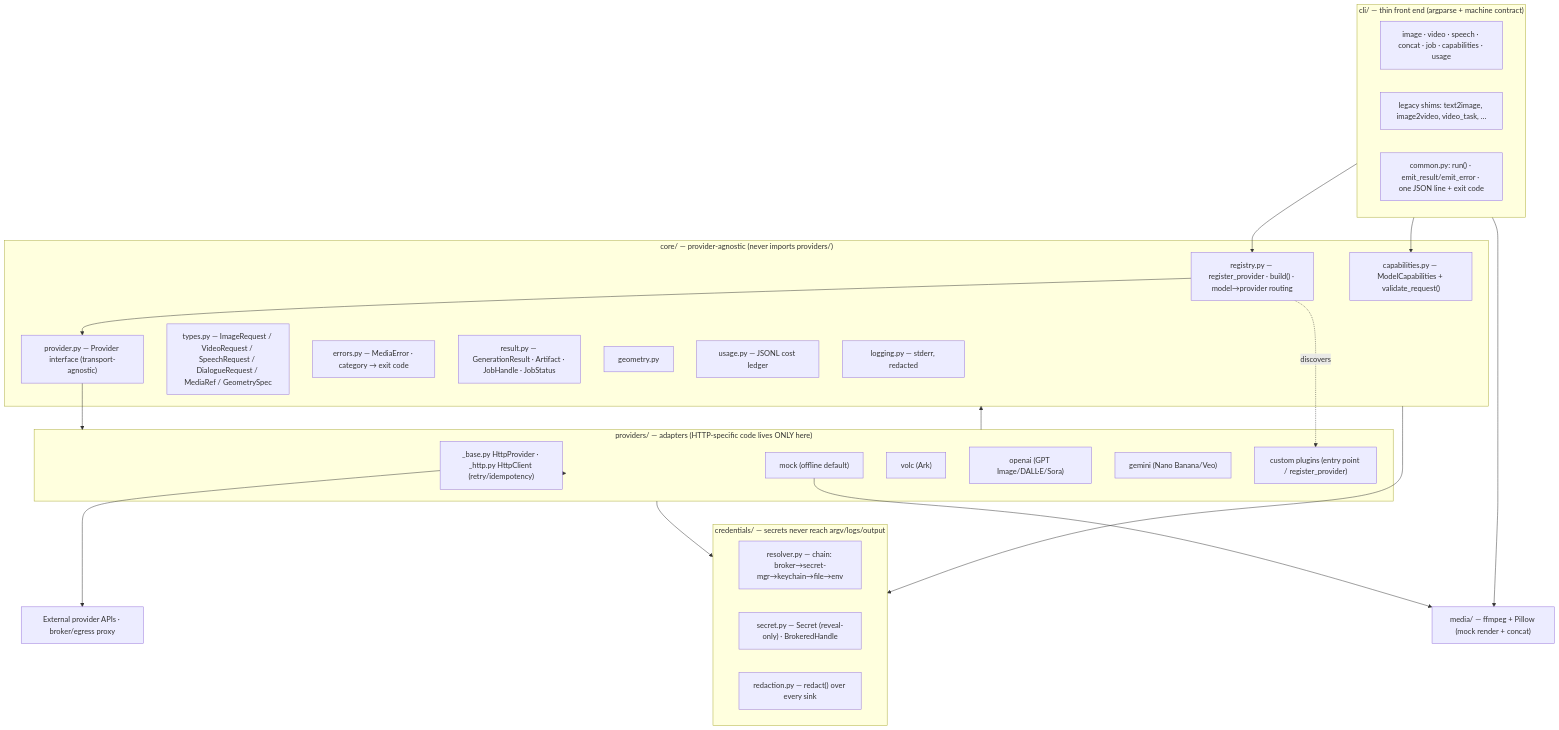
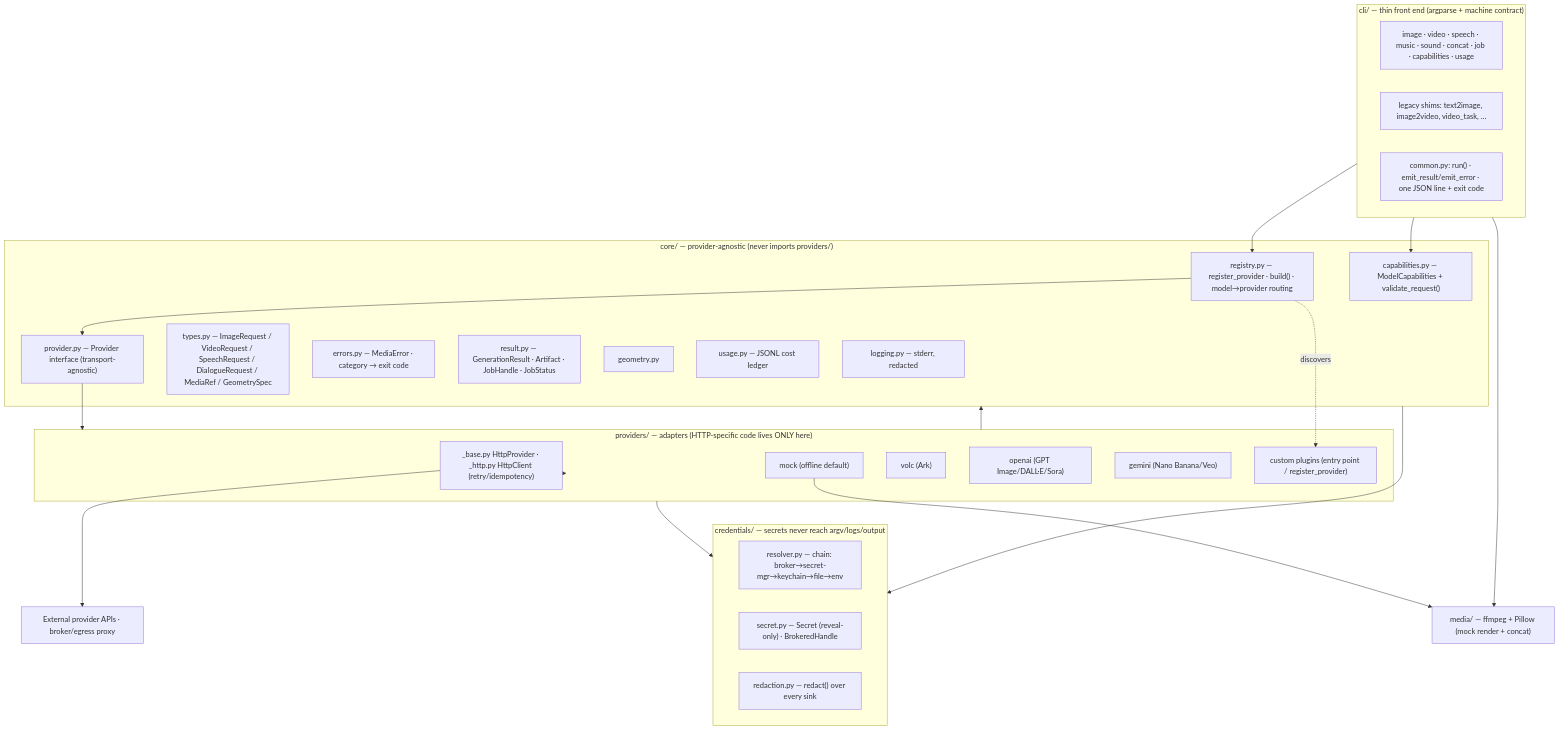
Before and after one commit to BrandoZhang/media-ai: the first of 2 diagrams in docs/ARCHITECTURE.md, drawn with Mermaid. The commit also changed other lines of this file and 14 other files, not shown here.

First line of the commit message:
Add ElevenLabs music + sound-effects tools

````diff
--- a/docs/ARCHITECTURE.md
+++ b/docs/ARCHITECTURE.md
@@ -11,51 +11,51 @@
 ```mermaid
 flowchart TB
     subgraph CLI["cli/ — thin front end (argparse + machine contract)"]
-        C1["image · video · speech · concat · job · capabilities · usage"]
+        C1["image · video · speech · music · sound · concat · job · capabilities · usage"]
         C2["legacy shims: text2image, image2video, video_task, …"]
         C3["common.py: run() · emit_result/emit_error · one JSON line + exit code"]
     end
 
     subgraph CORE["core/ — provider-agnostic (never imports providers/)"]
         R["registry.py — register_provider · build() · model→provider routing"]
         P["provider.py — Provider interface (transport-agnostic)"]
         T["types.py — ImageRequest / VideoRequest / SpeechRequest / DialogueRequest / MediaRef / GeometrySpec"]
         CAP["capabilities.py — ModelCapabilities + validate_request()"]
         ERR["errors.py — MediaError · category → exit code"]
         RES["result.py — GenerationResult · Artifact · JobHandle · JobStatus"]
         GEO["geometry.py"]
         USG["usage.py — JSONL cost ledger"]
         LOG["logging.py — stderr, redacted"]
     end
 
     subgraph CRED["credentials/ — secrets never reach argv/logs/output"]
         RSV["resolver.py — chain: broker→secret-mgr→keychain→file→env"]
         SEC["secret.py — Secret (reveal-only) · BrokeredHandle"]
         RED["redaction.py — redact() over every sink"]
     end
 
     subgraph PROV["providers/ — adapters (HTTP-specific code lives ONLY here)"]
         BASE["_base.py HttpProvider · _http.py HttpClient (retry/idempotency)"]
         MOCK["mock (offline default)"]
         VOLC["volc (Ark)"]
         OAI["openai (GPT Image/DALL·E/Sora)"]
         GEM["gemini (Nano Banana/Veo)"]
         EXT["custom plugins (entry point / register_provider)"]
     end
 
     MEDIA["media/ — ffmpeg + Pillow (mock render + concat)"]
     EXTAPI["External provider APIs · broker/egress proxy"]
 
     CLI --> R
     CLI --> CAP
     R --> P
     R -.discovers.-> EXT
     P --> PROV
     PROV --> BASE
     PROV --> CORE
     PROV --> CRED
     BASE --> EXTAPI
     MOCK --> MEDIA
     CLI --> MEDIA
     CORE --> CRED
 ```
````
